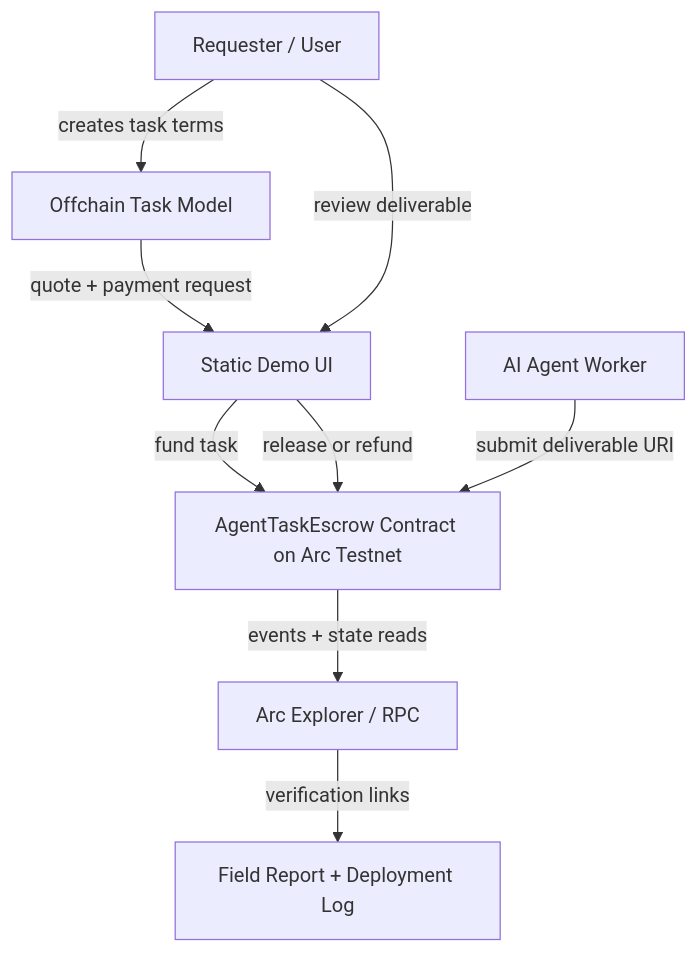
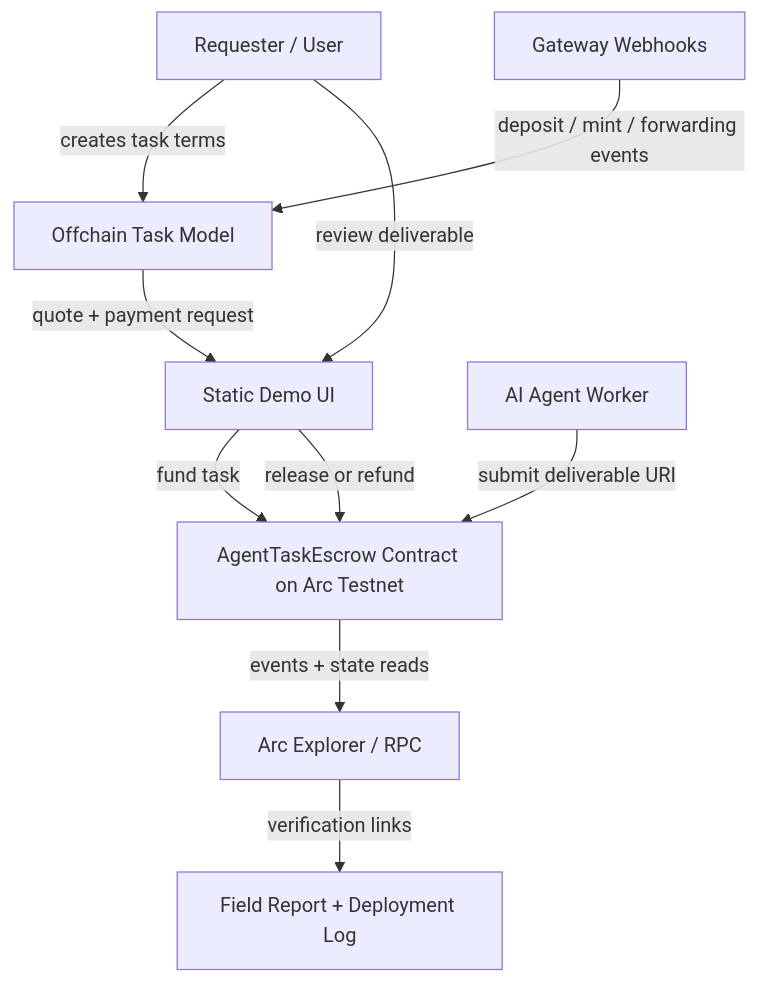
The diagram in docs/architecture.md (chen123sa/arc-testnet-notes), drawn with Mermaid before and after one commit. The commit also changed other lines of this file and 8 other files, not shown here.

Commit message:
Add mock Gateway webhook audit flow

````diff
--- a/docs/architecture.md
+++ b/docs/architecture.md
@@ -13,11 +13,12 @@
 ```mermaid
 flowchart TD
   A[Requester / User] -->|creates task terms| B[Offchain Task Model]
   B -->|quote + payment request| C[Static Demo UI]
   C -->|fund task| D[AgentTaskEscrow Contract on Arc Testnet]
   E[AI Agent Worker] -->|submit deliverable URI| D
   A -->|review deliverable| C
   C -->|release or refund| D
   D -->|events + state reads| F[Arc Explorer / RPC]
   F -->|verification links| G[Field Report + Deployment Log]
+  H[Gateway Webhooks] -->|deposit / mint / forwarding events| B
 ```
````
